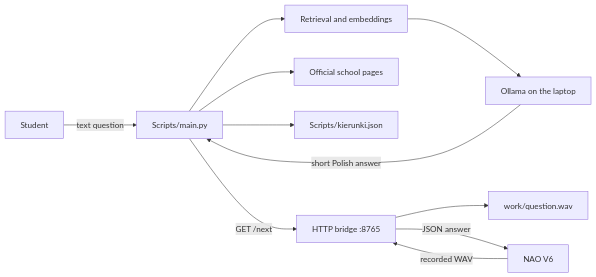
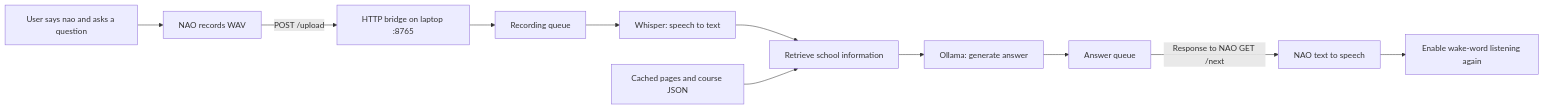
Before and after one commit to ezzyezn/Robot-NAO-V6: the diagram in README.md, drawn with Mermaid. The commit also changed other lines of this file and 7 other files, not shown here.

Commit message:
Fix typos and improve comments in various scripts; enhance NAO setup documentation

````diff
--- a/README.md
+++ b/README.md
@@ -26,13 +25,13 @@
 ```mermaid
 flowchart LR
-    U[Student] -->|text question| M[Scripts/main.py]
-    N[NAO V6] -->|recorded WAV| B[HTTP bridge :8765]
-    B --> W[work/question.wav]
-    M --> S[Official school pages]
-    M --> K[Scripts/kierunki.json]
-    M --> R[Retrieval and embeddings]
-    R --> O[Ollama on the laptop]
-    O -->|short Polish answer| M
-    M -->|GET /next| B
-    B -->|JSON answer| N
+    U[User says nao and asks a question] --> N[NAO records WAV]
+    N -->|POST /upload| B[HTTP bridge on laptop :8765]
+    B --> Q[Recording queue]
+    Q --> W[Whisper: speech to text]
+    W --> R[Retrieve school information]
+    D[Cached pages and course JSON] --> R
+    R --> L[Ollama: generate answer]
+    L --> A[Answer queue]
+    A -->|Response to NAO GET /next| T[NAO text to speech]
+    T --> E[Enable wake-word listening again]
 ```
````
